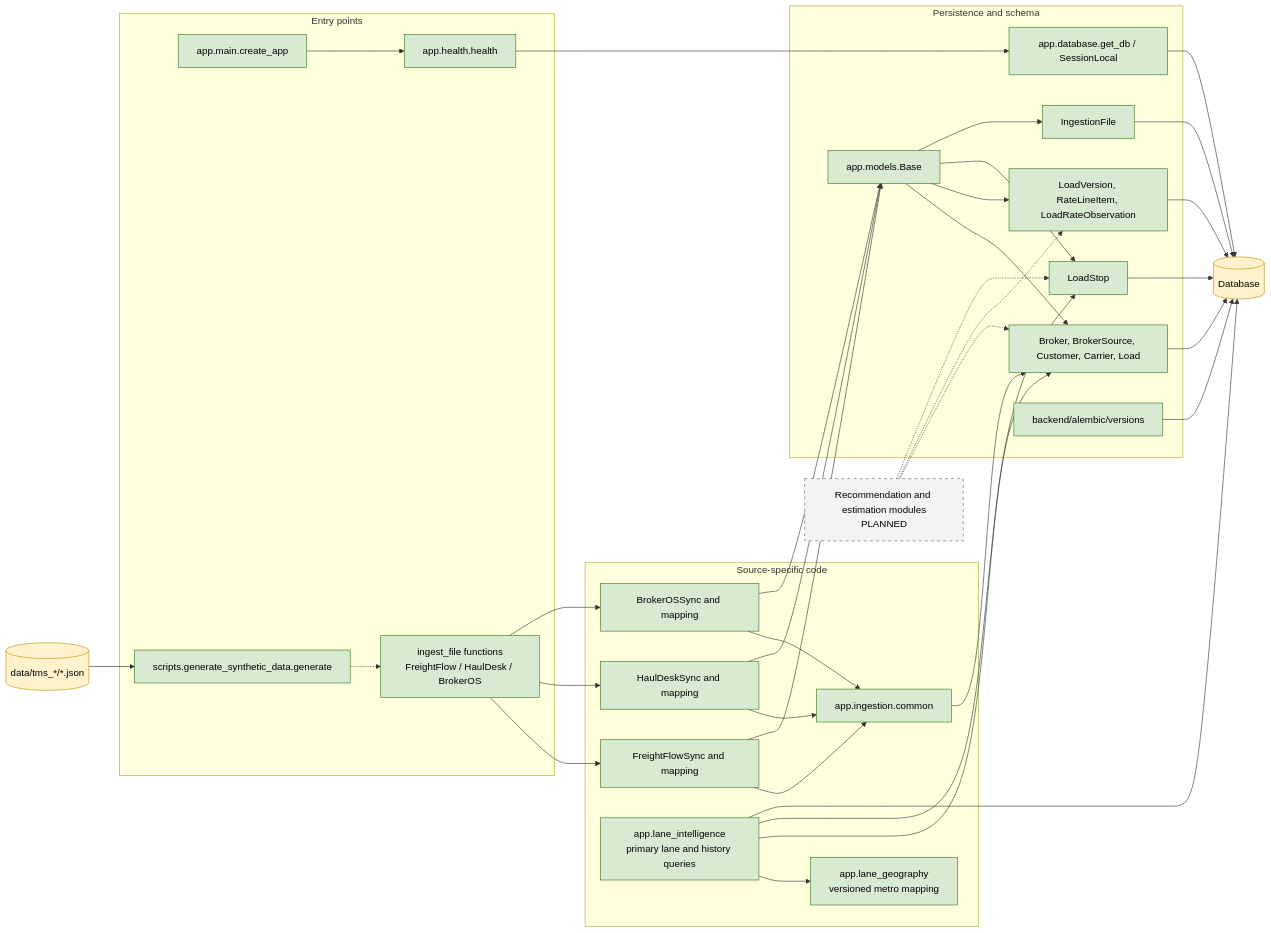
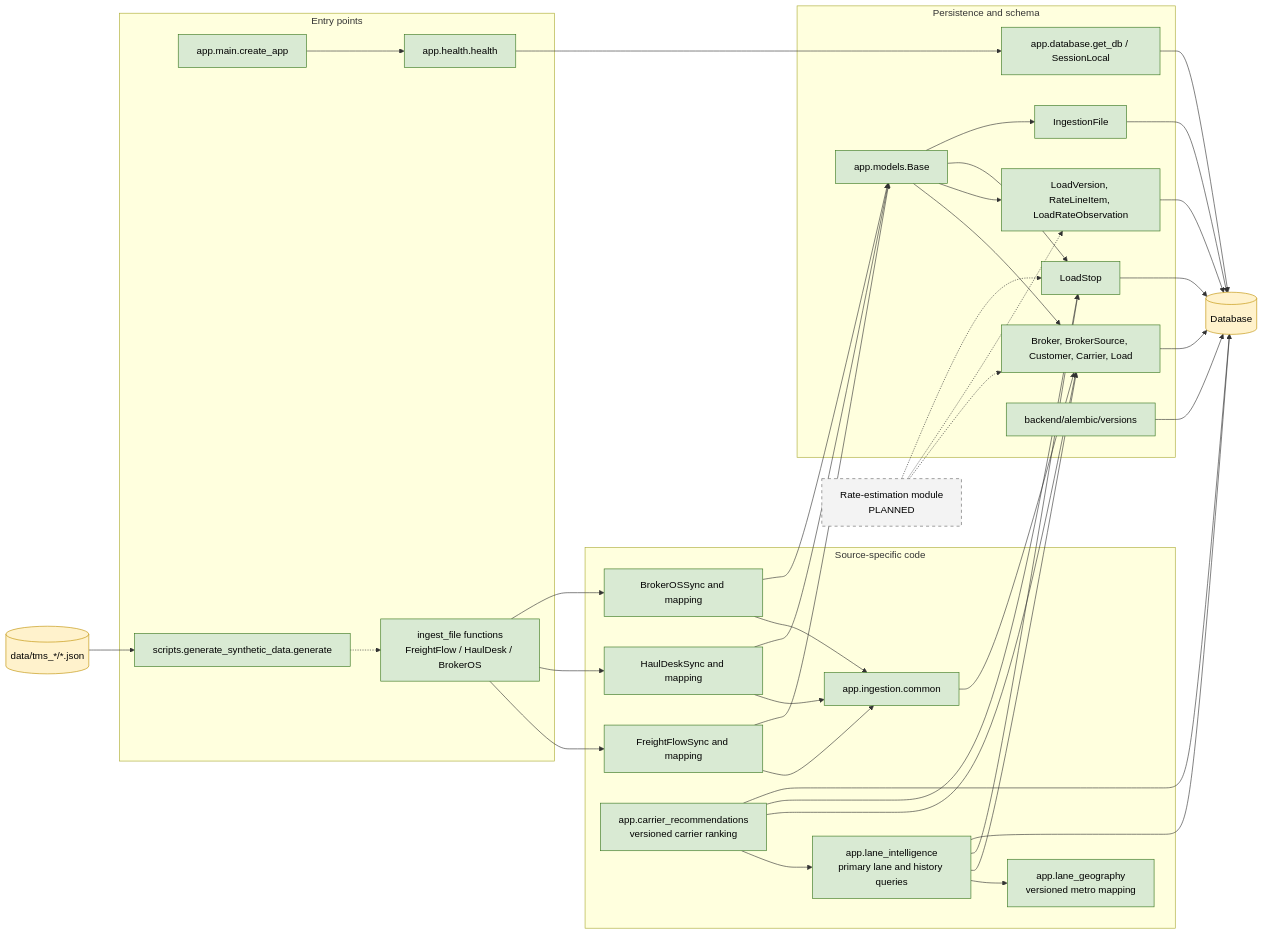
One commit to thetonyweapon/carrier-pool changed the diagram in openspec/architecture/code.md. Above: the diagram before and after it, drawn with Mermaid. The commit also changed other lines of this file and 18 other files, not shown here.

Commit message:
feat: carrier recommendations v1 — scoring service, API, stop helper, migration, tests, docs

````diff
--- a/openspec/architecture/code.md
+++ b/openspec/architecture/code.md
@@ -9,71 +9,76 @@
 ```mermaid
 flowchart LR
     subgraph entry[Entry points]
         create[app.main.create_app]
         health[app.health.health]
         ingest[ingest_file functions\nFreightFlow / HaulDesk / BrokerOS]
         generate[scripts.generate_synthetic_data.generate]
     end
 
     subgraph persistence[Persistence and schema]
         session[app.database.get_db / SessionLocal]
         base[app.models.Base]
         entities[Broker, BrokerSource, Customer, Carrier, Load]
         history[LoadVersion, RateLineItem, LoadRateObservation]
         stops[LoadStop]
         files[IngestionFile]
         migrations[backend/alembic/versions]
     end
 
     subgraph source[Source-specific code]
         shared[app.ingestion.common]
         freight[FreightFlowSync and mapping]
         haul[HaulDeskSync and mapping]
         broker[BrokerOSSync and mapping]
         geography[app.lane_geography\nversioned metro mapping]
         lanes[app.lane_intelligence\nprimary lane and history queries]
+        recommendations[app.carrier_recommendations\nversioned carrier ranking]
     end
 
-    future[Recommendation and estimation modules\nPLANNED]
+        future[Rate-estimation module\nPLANNED]
     database[(Database)]
     raw[(data/tms_*/*.json)]
 
     create --> health
     health --> session
     session --> database
     ingest --> freight
     ingest --> haul
     ingest --> broker
     freight --> shared
     haul --> shared
     broker --> shared
     lanes --> geography
     lanes --> entities
     lanes --> stops
     lanes --> database
+    recommendations --> lanes
+    recommendations --> entities
+    recommendations --> stops
+    recommendations --> database
     freight --> base
     haul --> base
     broker --> base
     shared --> entities
     base --> entities
     base --> history
     base --> stops
     base --> files
     entities --> database
     history --> database
     stops --> database
     files --> database
     migrations --> database
     raw --> generate
     generate -.-> ingest
     future -.-> entities
     future -.-> history
     future -.-> stops
 
     classDef delivered fill:#d9ead3,stroke:#38761d,color:#000;
     classDef planned fill:#f3f3f3,stroke:#666,color:#000,stroke-dasharray: 5 5;
     classDef external fill:#fff2cc,stroke:#bf9000,color:#000;
-    class create,health,session,base,entities,history,stops,files,migrations,shared,freight,haul,broker,geography,lanes,ingest,generate delivered;
+    class create,health,session,base,entities,history,stops,files,migrations,shared,freight,haul,broker,geography,lanes,recommendations,ingest,generate delivered;
     class future planned;
     class database,raw external;
 ```
````
